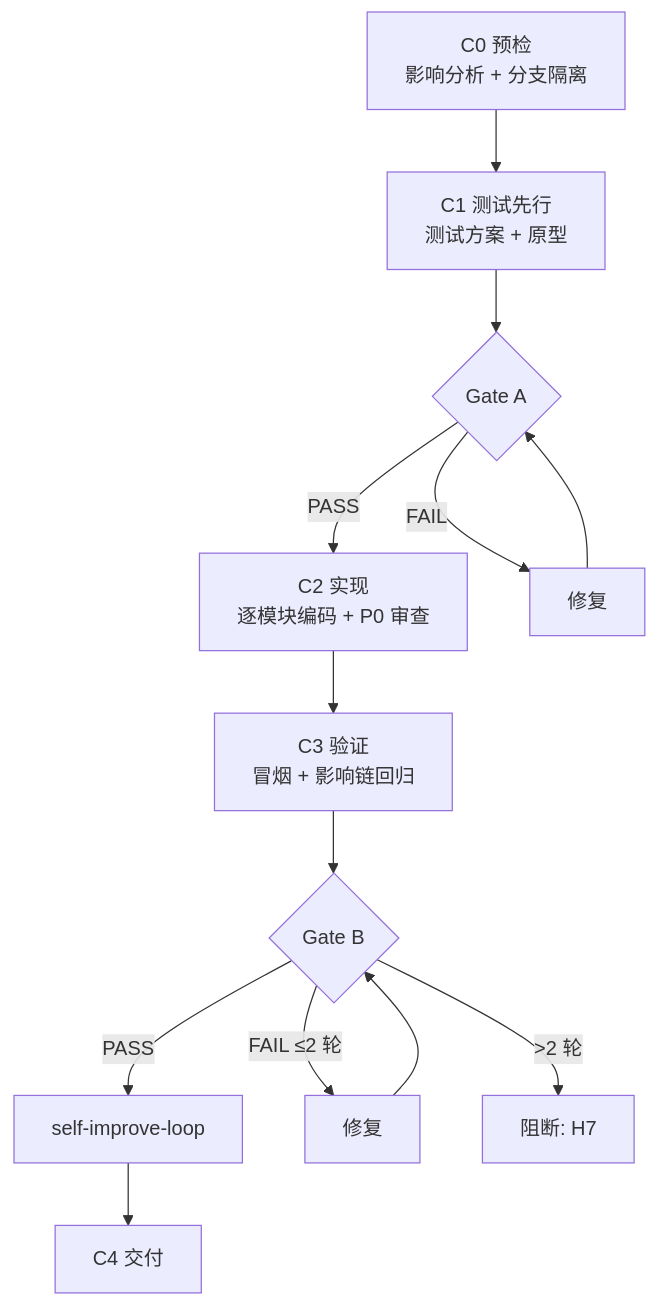
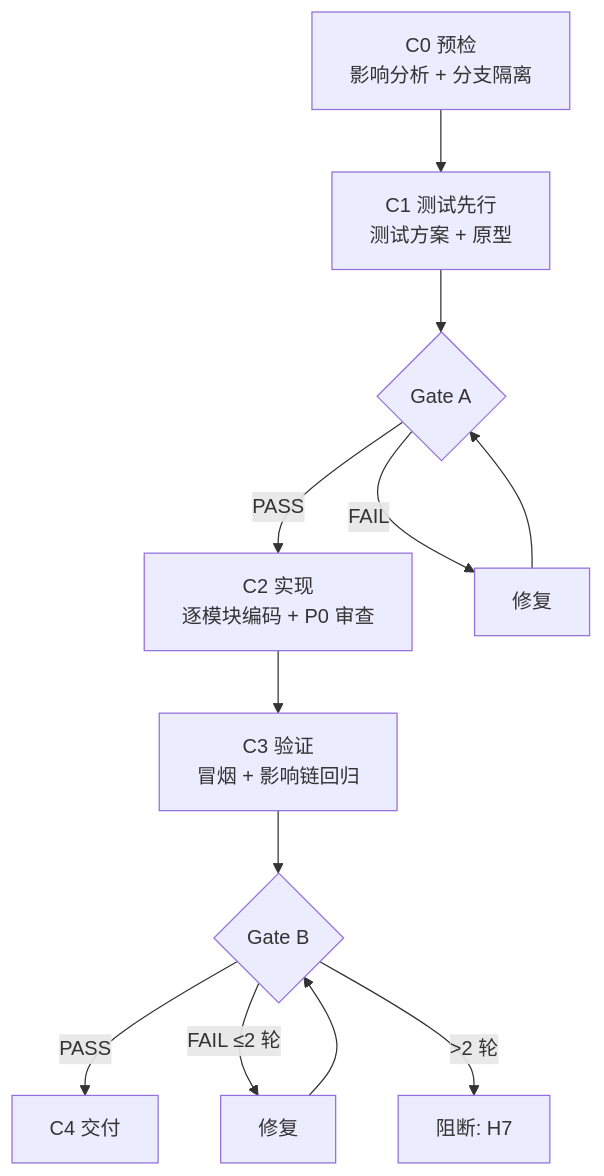
Before and after one commit to effiy/YrY: the third of 3 diagrams in skills/rui/SKILL.md, drawn with Mermaid. The commit also changed other lines of this file and 4 other files, not shown here.

````diff
--- a/skills/rui/SKILL.md
+++ b/skills/rui/SKILL.md
@@ -194,15 +112,14 @@
 ```mermaid
 flowchart TD
     C0["C0 预检<br/>影响分析 + 分支隔离"] --> C1["C1 测试先行<br/>测试方案 + 原型"]
     C1 --> GA{Gate A}
     GA -->|PASS| C2["C2 实现<br/>逐模块编码 + P0 审查"]
     GA -->|FAIL| FIX1[修复]
     FIX1 --> GA
     C2 --> C3["C3 验证<br/>冒烟 + 影响链回归"]
     C3 --> GB{Gate B}
-    GB -->|PASS| LP[self-improve-loop]
-    LP --> C4[C4 交付]
+    GB -->|PASS| C4[C4 交付]
     GB -->|FAIL ≤2 轮| FIX2[修复]
     FIX2 --> GB
     GB -->|>2 轮| BLOCK[阻断: H7]
 ```
````
